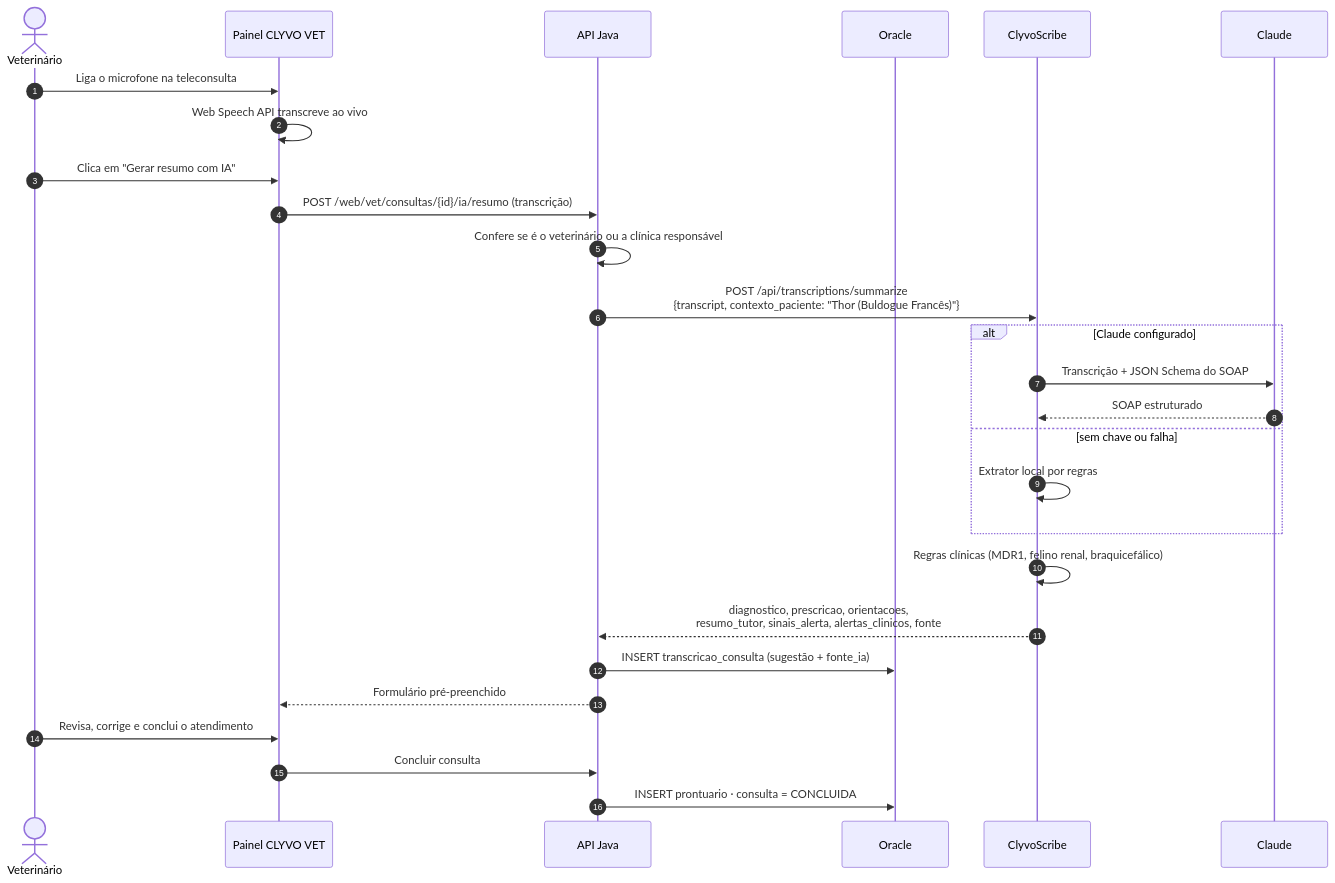
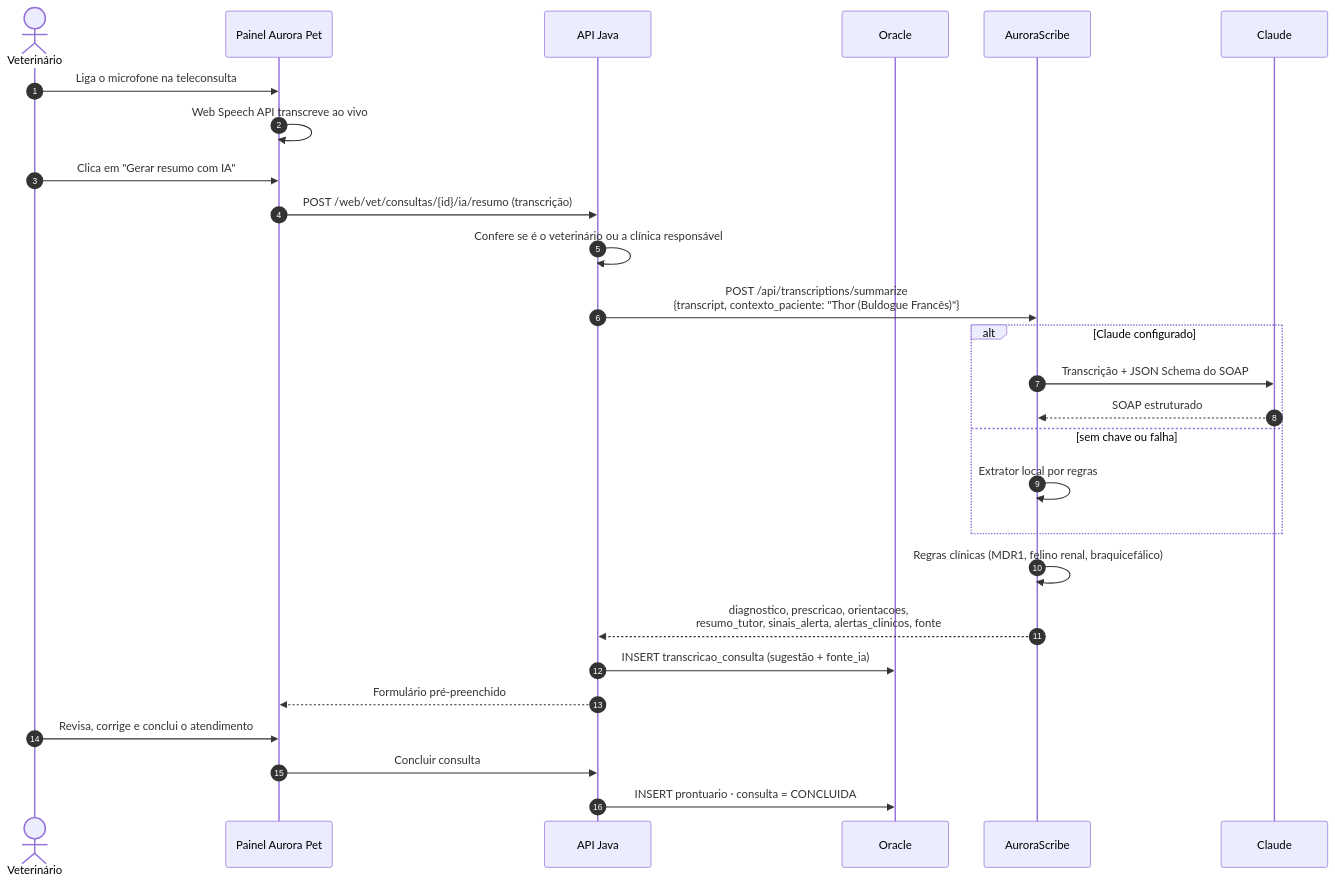
The second of 2 diagrams in docs/ARCHITECTURE.md (MCGI-PW/IoT-Clyvo-Vet_M), drawn with Mermaid before and after one commit. The commit also changed other lines of this file and 25 other files, not shown here.

First line of the commit message:
feat: nova marca Aurora Pet e AuroraScribe AI

````diff
--- a/docs/ARCHITECTURE.md
+++ b/docs/ARCHITECTURE.md
@@ -76,30 +76,30 @@
 ```mermaid
 sequenceDiagram
     autonumber
     actor V as Veterinário
-    participant UI as Painel CLYVO VET
+    participant UI as Painel Aurora Pet
     participant J as API Java
     participant DB as Oracle
-    participant S as ClyvoScribe
+    participant S as AuroraScribe
     participant C as Claude
 
     V->>UI: Liga o microfone na teleconsulta
     UI->>UI: Web Speech API transcreve ao vivo
     V->>UI: Clica em "Gerar resumo com IA"
     UI->>J: POST /web/vet/consultas/{id}/ia/resumo (transcrição)
     J->>J: Confere se é o veterinário ou a clínica responsável
     J->>S: POST /api/transcriptions/summarize<br/>{transcript, contexto_paciente: "Thor (Buldogue Francês)"}
     alt Claude configurado
         S->>C: Transcrição + JSON Schema do SOAP
         C-->>S: SOAP estruturado
     else sem chave ou falha
         S->>S: Extrator local por regras
     end
     S->>S: Regras clínicas (MDR1, felino renal, braquicefálico)
     S-->>J: diagnostico, prescricao, orientacoes,<br/>resumo_tutor, sinais_alerta, alertas_clinicos, fonte
     J->>DB: INSERT transcricao_consulta (sugestão + fonte_ia)
     J-->>UI: Formulário pré-preenchido
     V->>UI: Revisa, corrige e conclui o atendimento
     UI->>J: Concluir consulta
     J->>DB: INSERT prontuario · consulta = CONCLUIDA
 ```
````
